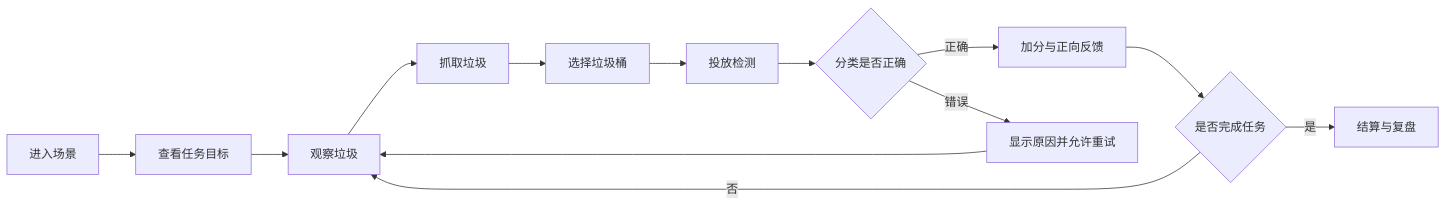
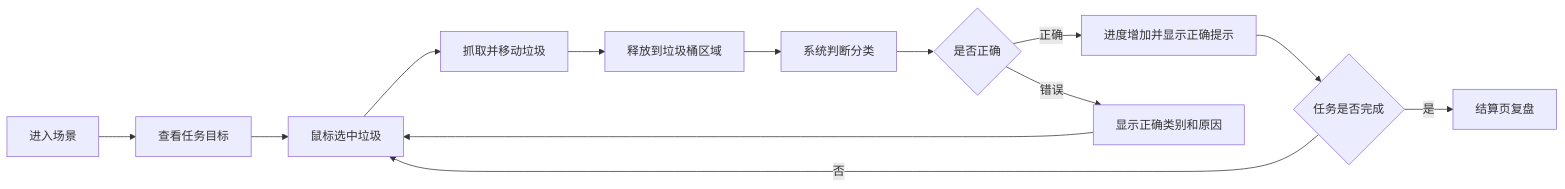
One commit to LiuAHao/vr-waste-sorting changed the diagram in docs/PRD.md. Above: the diagram before and after it, drawn with Mermaid. The commit also changed other lines of this file and 2 other files, not shown here.

````diff
--- a/docs/PRD.md
+++ b/docs/PRD.md
@@ -88,15 +57,15 @@
 ```mermaid
 flowchart LR
     A[进入场景] --> B[查看任务目标]
-    B --> C[观察垃圾]
-    C --> D[抓取垃圾]
-    D --> E[选择垃圾桶]
-    E --> F[投放检测]
-    F --> G{分类是否正确}
-    G -- 正确 --> H[加分与正向反馈]
-    G -- 错误 --> I[显示原因并允许重试]
-    H --> J{是否完成任务}
+    B --> C[鼠标选中垃圾]
+    C --> D[抓取并移动垃圾]
+    D --> E[释放到垃圾桶区域]
+    E --> F[系统判断分类]
+    F --> G{是否正确}
+    G -- 正确 --> H[进度增加并显示正确提示]
+    G -- 错误 --> I[显示正确类别和原因]
+    H --> J{任务是否完成}
     I --> C
     J -- 否 --> C
-    J -- 是 --> K[结算与复盘]
+    J -- 是 --> K[结算页复盘]
 ```
````
